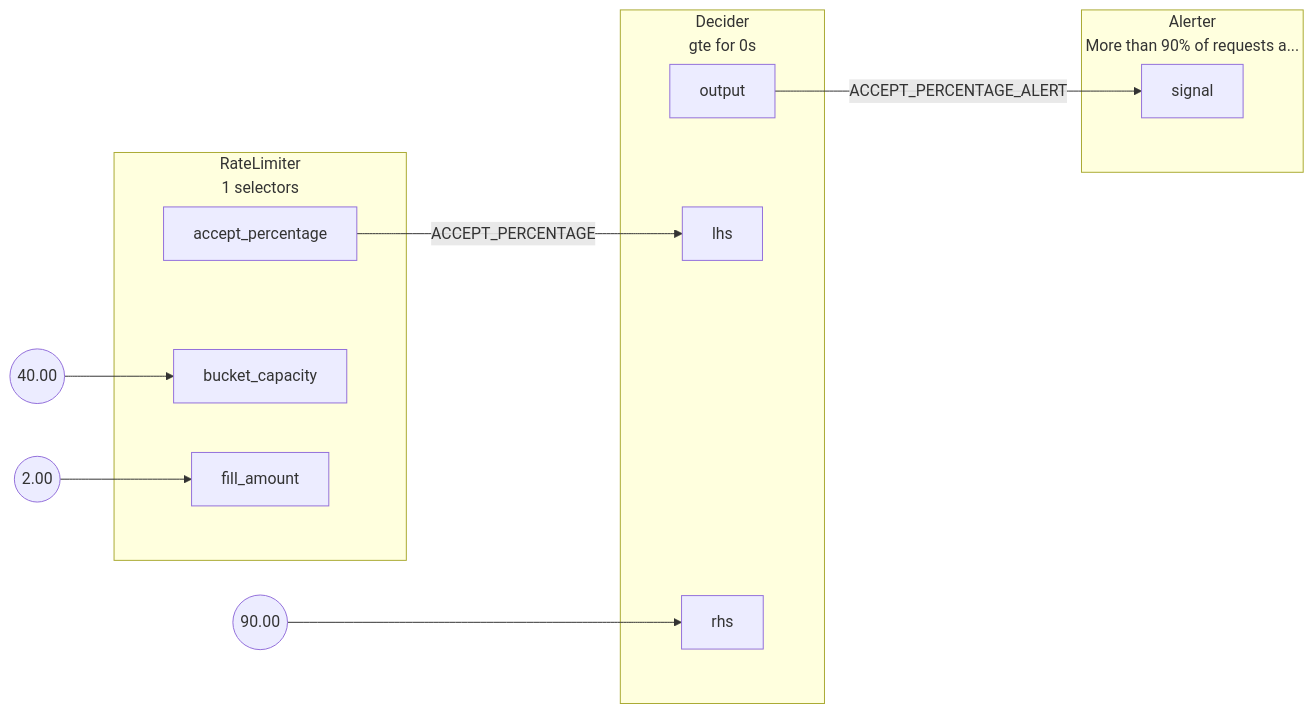
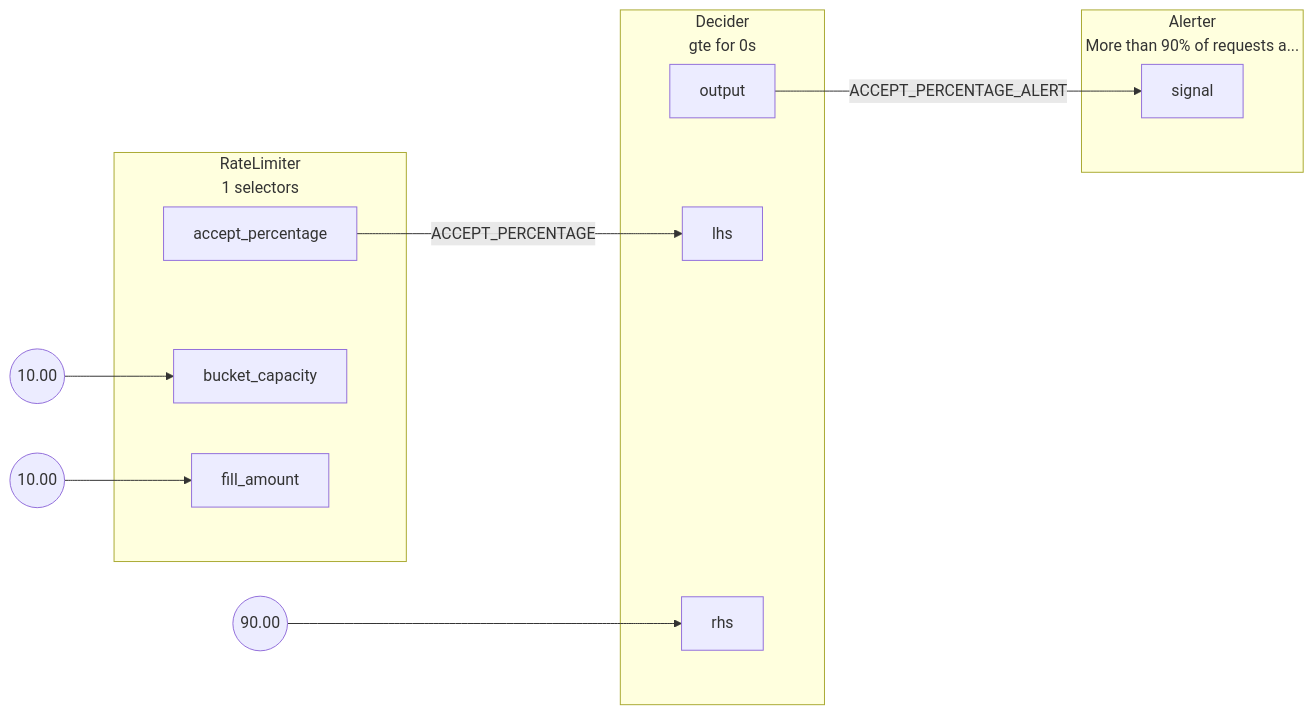
Before and after one commit to dataongunlaws/aperture: the diagram in docs/content/guides/assets/per-user-rate-limiting/graph.mmd, drawn with Mermaid. The commit also changed 13 other files, not shown here.

```diff
--- a/docs/content/guides/assets/per-user-rate-limiting/graph.mmd
+++ b/docs/content/guides/assets/per-user-rate-limiting/graph.mmd
@@ -1,37 +1,37 @@
 flowchart LR
 subgraph root.0[<center>RateLimiter<br/>1 selectors</center>]
 subgraph root.0_inports[ ]
 style root.0_inports fill:none,stroke:none
 root.0bucket_capacity[bucket_capacity]
 root.0fill_amount[fill_amount]
 end
 subgraph root.0_outports[ ]
 style root.0_outports fill:none,stroke:none
 root.0accept_percentage[accept_percentage]
 end
 end
-root.0_bucket_capacity_FakeConstantout((40.00))
-root.0_fill_amount_FakeConstantout((2.00))
+root.0_bucket_capacity_FakeConstantout((10.00))
+root.0_fill_amount_FakeConstantout((10.00))
 subgraph root.1[<center>Decider<br/>gte for 0s</center>]
 subgraph root.1_inports[ ]
 style root.1_inports fill:none,stroke:none
 root.1lhs[lhs]
 root.1rhs[rhs]
 end
 subgraph root.1_outports[ ]
 style root.1_outports fill:none,stroke:none
 root.1output[output]
 end
 end
 root.1_rhs_FakeConstantout((90.00))
 subgraph root.2[<center>Alerter<br/>More than 90% of requests a...</center>]
 subgraph root.2_inports[ ]
 style root.2_inports fill:none,stroke:none
 root.2signal[signal]
 end
 end
 root.0accept_percentage --> |ACCEPT_PERCENTAGE| root.1lhs
 root.0_bucket_capacity_FakeConstantout --> root.0bucket_capacity
 root.0_fill_amount_FakeConstantout --> root.0fill_amount
 root.1output --> |ACCEPT_PERCENTAGE_ALERT| root.2signal
 root.1_rhs_FakeConstantout --> root.1rhs
```
